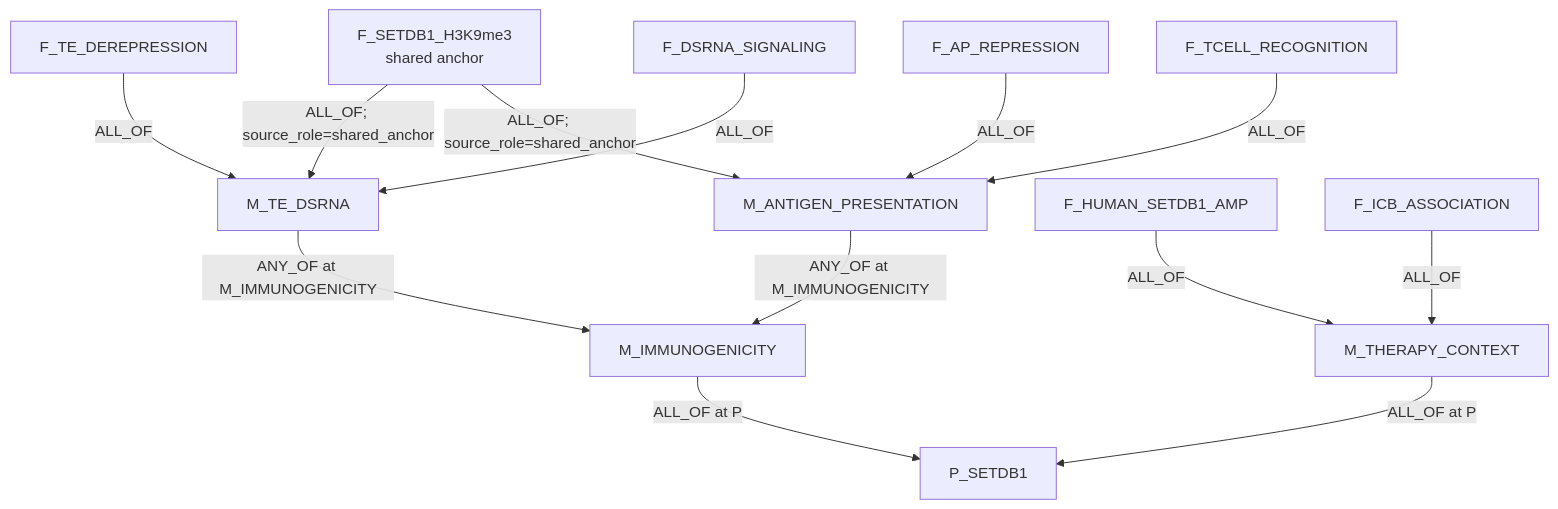
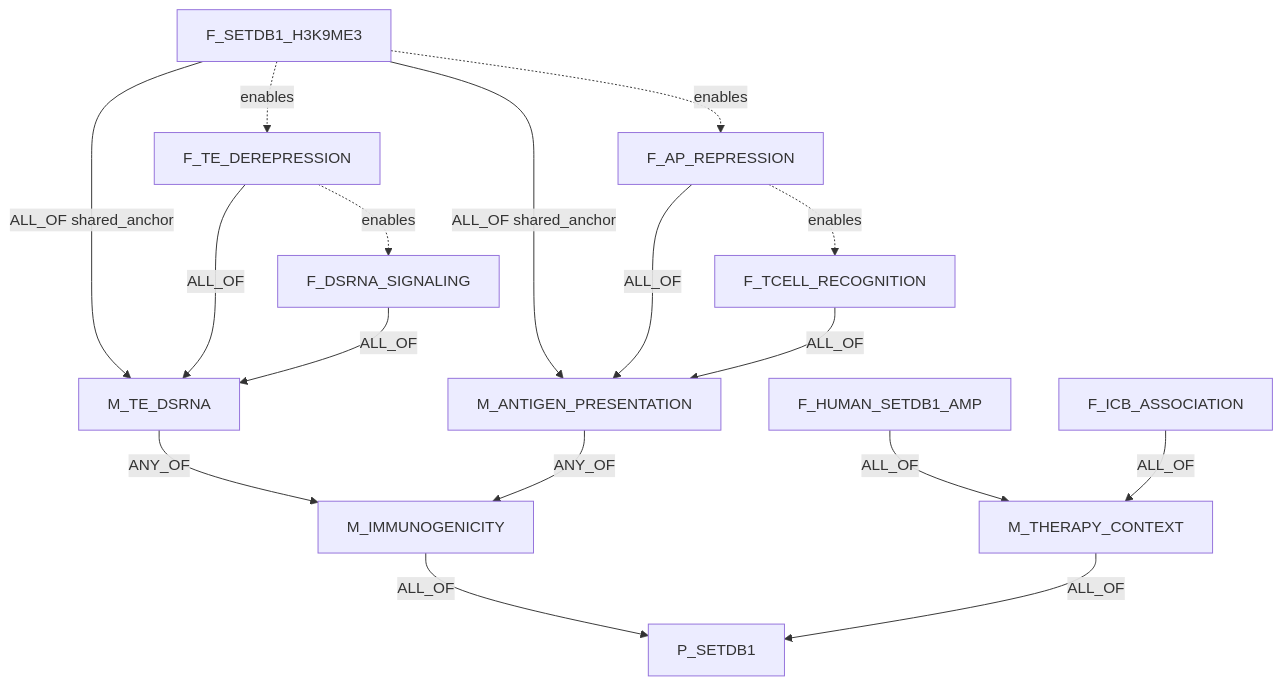
Before and after one commit to eliannaqk/bioKG: the second of 10 diagrams in ingest/CLAIM_OBJECT_MECHANISM_DAG_EXAMPLES.md, drawn with Mermaid. The commit also changed other lines of this file and 5 other files, not shown here.

````diff
--- a/ingest/CLAIM_OBJECT_MECHANISM_DAG_EXAMPLES.md
+++ b/ingest/CLAIM_OBJECT_MECHANISM_DAG_EXAMPLES.md
@@ -101,31 +118,33 @@
 ```mermaid
 flowchart TD
   P["P_SETDB1"]
   IMM["M_IMMUNOGENICITY"]
   TE["M_TE_DSRNA"]
   AP["M_ANTIGEN_PRESENTATION"]
   TX["M_THERAPY_CONTEXT"]
-  A1["F_SETDB1_H3K9me3\nshared anchor"]
+  A1["F_SETDB1_H3K9ME3"]
   A2["F_TE_DEREPRESSION"]
   A3["F_DSRNA_SIGNALING"]
   B2["F_AP_REPRESSION"]
   B3["F_TCELL_RECOGNITION"]
   H1["F_HUMAN_SETDB1_AMP"]
   H2["F_ICB_ASSOCIATION"]
 
-  IMM -- "ALL_OF at P" --> P
-  TX -- "ALL_OF at P" --> P
-  TE -- "ANY_OF at M_IMMUNOGENICITY" --> IMM
-  AP -- "ANY_OF at M_IMMUNOGENICITY" --> IMM
-
-  A1 -- "ALL_OF; source_role=shared_anchor" --> TE
+  IMM -- "ALL_OF" --> P
+  TX -- "ALL_OF" --> P
+  TE -- "ANY_OF" --> IMM
+  AP -- "ANY_OF" --> IMM
+  A1 -- "ALL_OF shared_anchor" --> TE
+  A1 -- "ALL_OF shared_anchor" --> AP
   A2 -- "ALL_OF" --> TE
   A3 -- "ALL_OF" --> TE
-
-  A1 -- "ALL_OF; source_role=shared_anchor" --> AP
   B2 -- "ALL_OF" --> AP
   B3 -- "ALL_OF" --> AP
-
   H1 -- "ALL_OF" --> TX
   H2 -- "ALL_OF" --> TX
+
+  A1 -. "enables" .-> A2
+  A2 -. "enables" .-> A3
+  A1 -. "enables" .-> B2
+  B2 -. "enables" .-> B3
 ```
````
